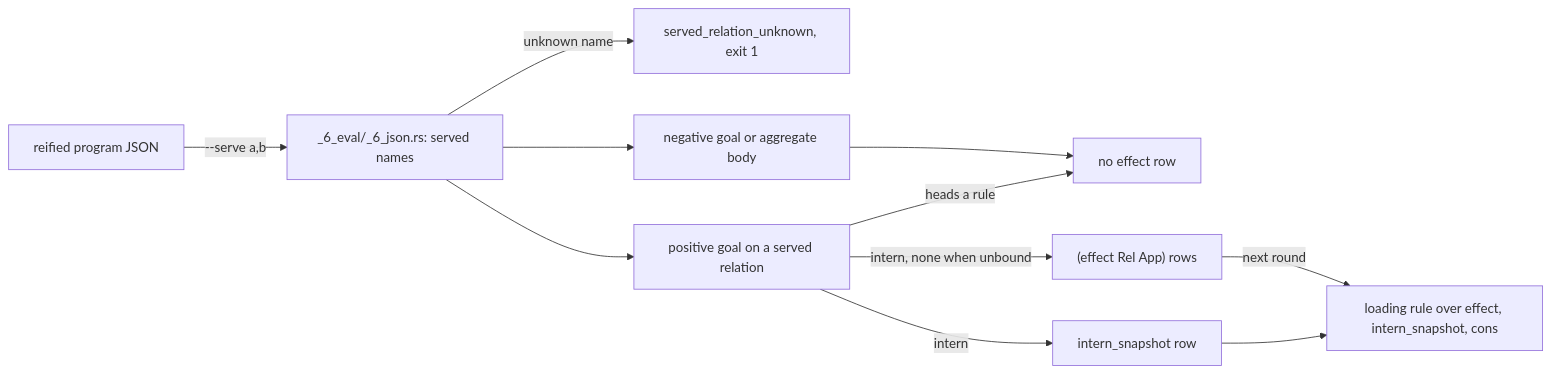
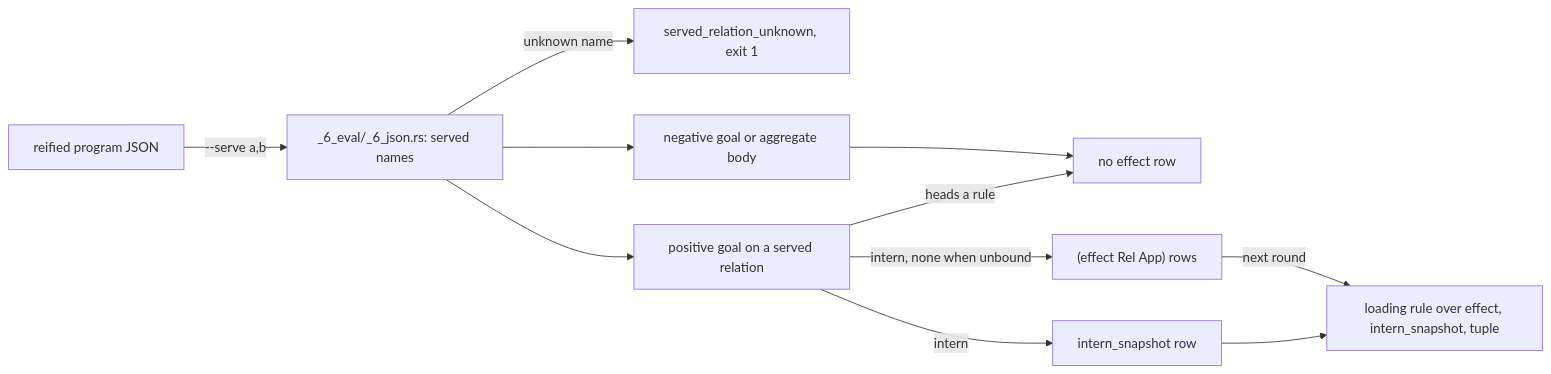
Before and after one commit to hafley66/sprefa: the diagram in book/src/10_effects.md, drawn with Mermaid. The commit also changed other lines of this file and 52 other files, not shown here.

````diff
--- a/book/src/10_effects.md
+++ b/book/src/10_effects.md
@@ -5,13 +5,13 @@
 ```mermaid
 flowchart LR
   program[reified program JSON] -->|--serve a,b| served[_6_eval/_6_json.rs: served names]
   served -->|unknown name| unknown[served_relation_unknown, exit 1]
   served --> positive[positive goal on a served relation]
   served --> negative[negative goal or aggregate body]
   negative --> noeffect[no effect row]
   positive -->|heads a rule| noeffect
   positive -->|intern, none when unbound| effect["(effect Rel App) rows"]
   positive -->|intern| snapshot[intern_snapshot row]
-  effect -->|next round| loading[loading rule over effect, intern_snapshot, cons]
+  effect -->|next round| loading[loading rule over effect, intern_snapshot, tuple]
   snapshot --> loading
 ```
````
